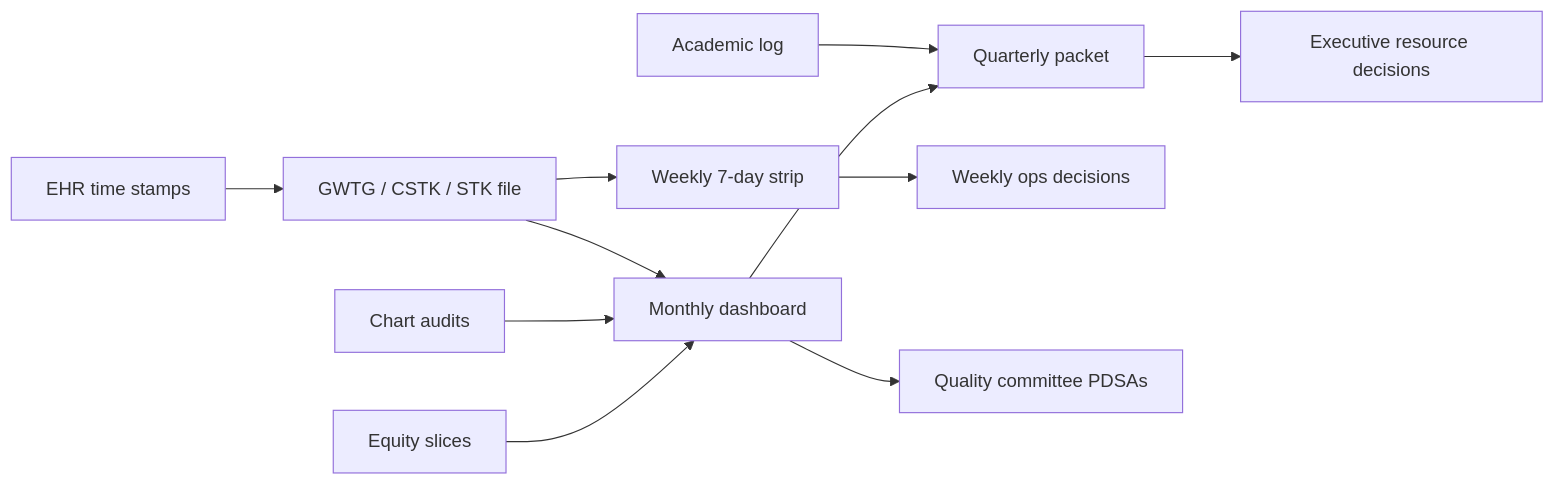
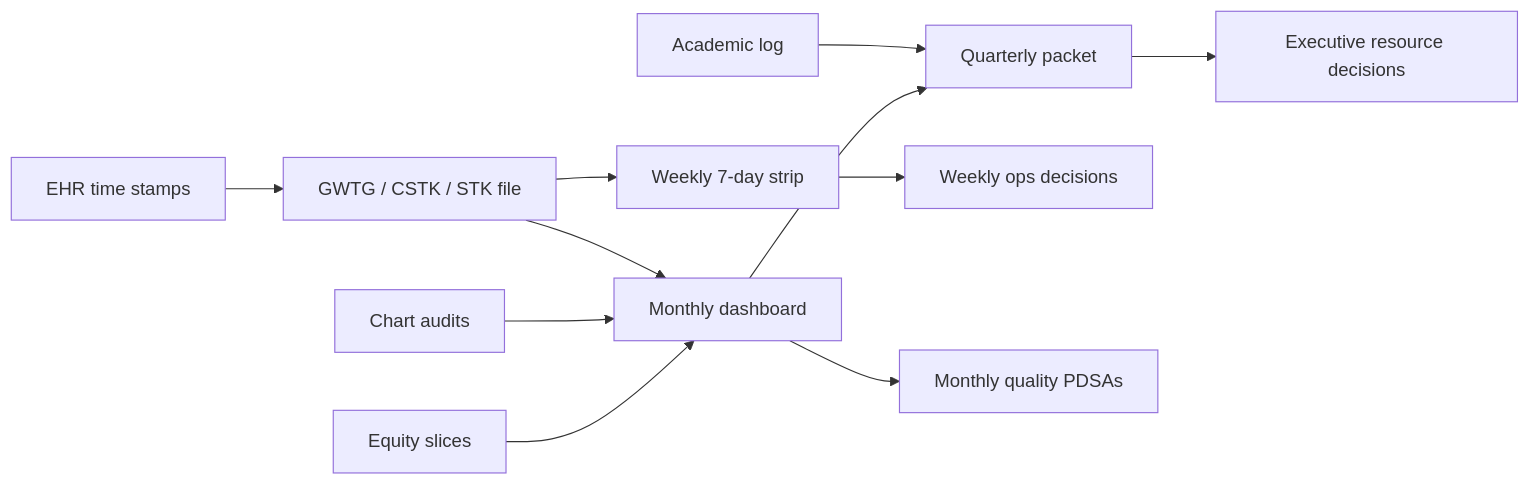
Before and after one commit to rkalani1/CSC: the diagram in docs/playbooks/40-kpis-dashboards-sops.md, drawn with Mermaid. The commit also changed other lines of this file and 62 other files, not shown here.

````diff
--- a/docs/playbooks/40-kpis-dashboards-sops.md
+++ b/docs/playbooks/40-kpis-dashboards-sops.md
@@ -165,13 +181,13 @@
 ```mermaid
 flowchart LR
     EHR[EHR time stamps] --> REG[GWTG / CSTK / STK file]
     REG --> W[Weekly 7-day strip]
     REG --> M[Monthly dashboard]
     AUD[Chart audits] --> M
     EQ[Equity slices] --> M
     AC[Academic log] --> Q[Quarterly packet]
     M --> Q
     W --> OPS[Weekly ops decisions]
-    M --> QC[Quality committee PDSAs]
+    M --> QC[Monthly quality PDSAs]
     Q --> EX[Executive resource decisions]
 ```
````
